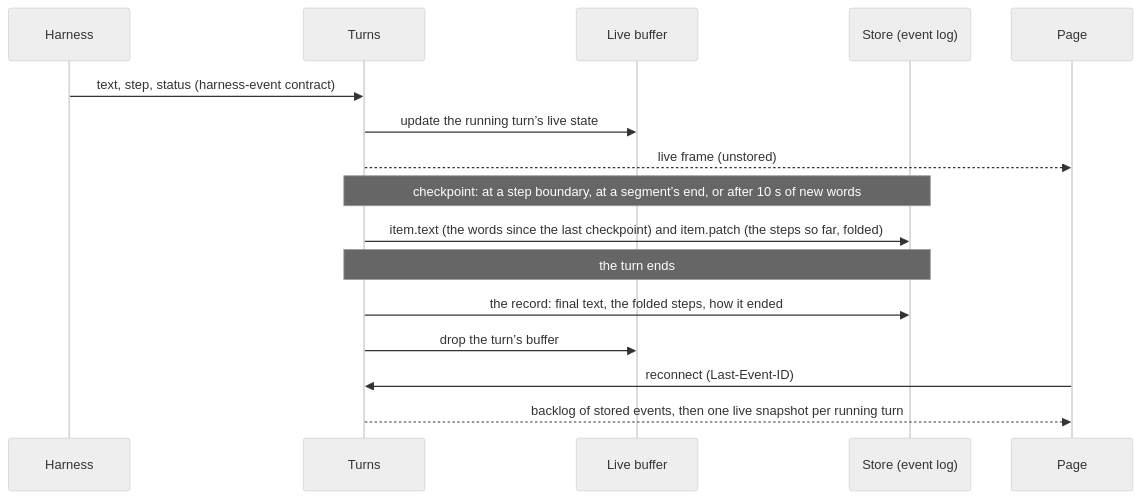
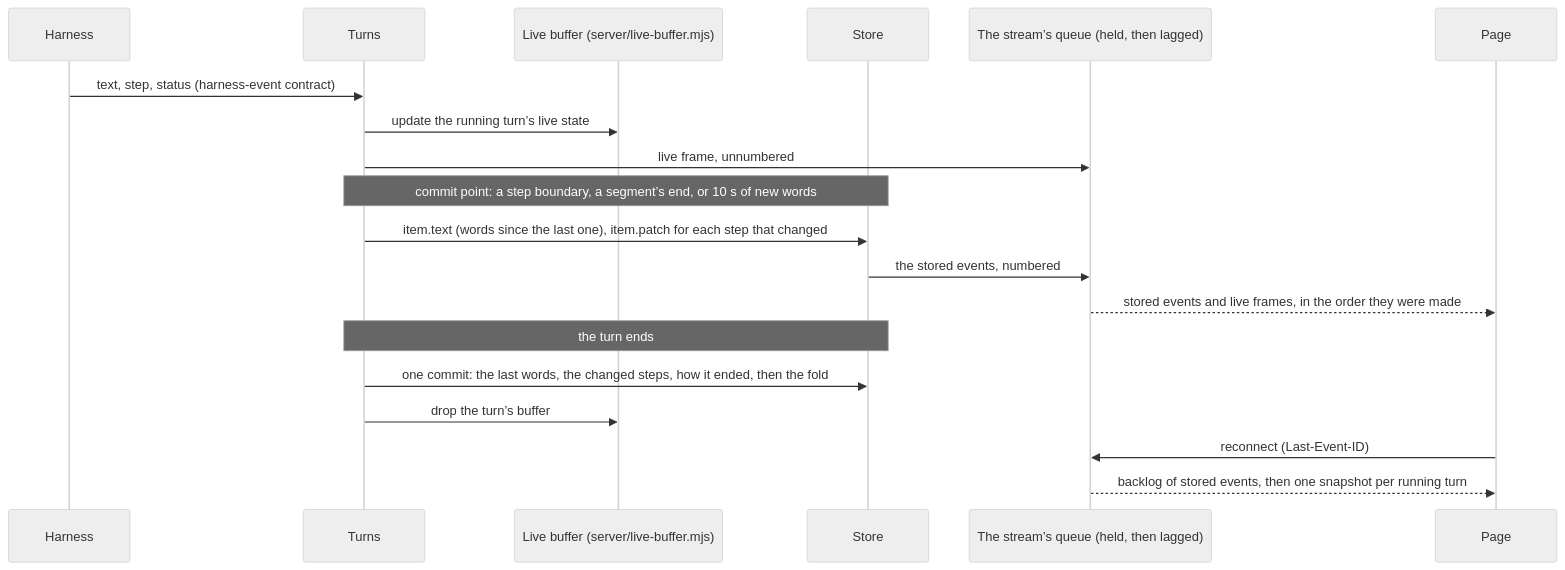
Before and after one commit to HJeon139/postbox: the diagram in designs/architecture/live-progress.md, drawn with Mermaid (neutral theme). The commit also changed other lines of this file and 3 other files, not shown here.

First line of the commit message:
docs(architecture): revise live-only progress: order, readers, steps, and the owner's question

````diff
--- a/designs/architecture/live-progress.md
+++ b/designs/architecture/live-progress.md
@@ -33,18 +32,21 @@
 ```mermaid
 sequenceDiagram
   participant H as Harness
   participant T as Turns
-  participant B as Live buffer
-  participant S as Store (event log)
+  participant B as Live buffer (server/live-buffer.mjs)
+  participant S as Store
+  participant Q as The stream’s queue (held, then lagged)
   participant P as Page
   H->>T: text, step, status (harness-event contract)
   T->>B: update the running turn’s live state
-  T-->>P: live frame (unstored)
-  Note over T,S: checkpoint: at a step boundary, at a segment’s end, or after 10 s of new words
-  T->>S: item.text (the words since the last checkpoint) and item.patch (the steps so far, folded)
+  T->>Q: live frame, unnumbered
+  Note over T,S: commit point: a step boundary, a segment’s end, or 10 s of new words
+  T->>S: item.text (words since the last one), item.patch for each step that changed
+  S->>Q: the stored events, numbered
+  Q-->>P: stored events and live frames, in the order they were made
   Note over T,S: the turn ends
-  T->>S: the record: final text, the folded steps, how it ended
+  T->>S: one commit: the last words, the changed steps, how it ended, then the fold
   T->>B: drop the turn’s buffer
-  P->>T: reconnect (Last-Event-ID)
-  T-->>P: backlog of stored events, then one live snapshot per running turn
+  P->>Q: reconnect (Last-Event-ID)
+  Q-->>P: backlog of stored events, then one snapshot per running turn
 ```
````
